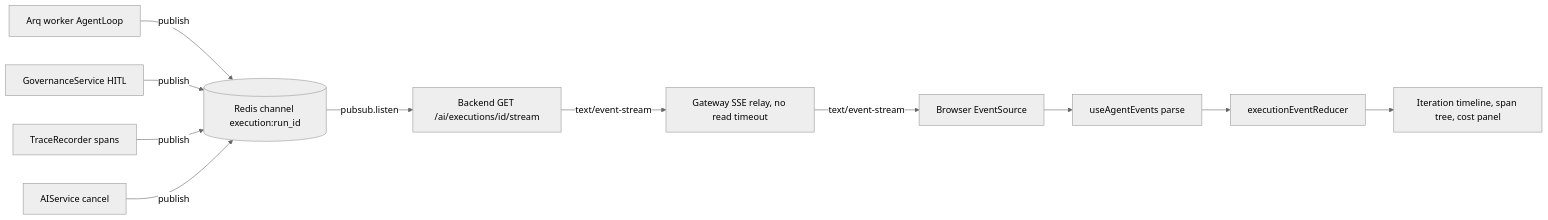
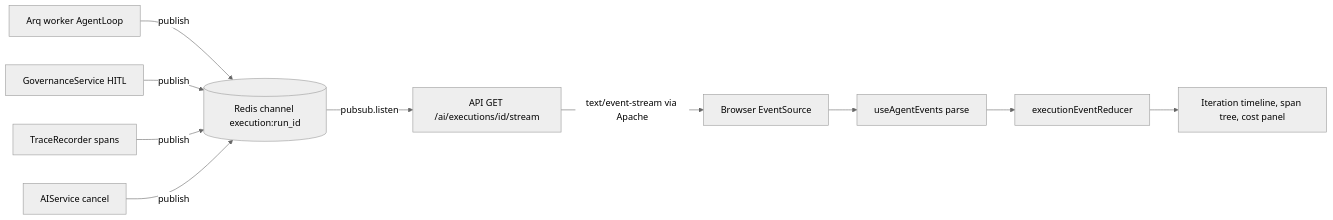
Diagram 18 of 22 in docs/current/13-gateway-and-realtime.md (gondolerahul/hire-buddha-app), drawn with Mermaid (neutral theme) before and after one commit. The commit also changed other lines of this file and 61 other files, not shown here.

````diff
--- a/docs/current/13-gateway-and-realtime.md
+++ b/docs/current/13-gateway-and-realtime.md
@@ -1495,13 +1226,12 @@
 ```mermaid
 flowchart LR
     W["Arq worker AgentLoop"] -->|publish| RD[("Redis channel execution:run_id")]
     G["GovernanceService HITL"] -->|publish| RD
     T["TraceRecorder spans"] -->|publish| RD
     S["AIService cancel"] -->|publish| RD
-    RD -->|pubsub.listen| BE["Backend GET /ai/executions/id/stream"]
-    BE -->|text/event-stream| GW["Gateway SSE relay, no read timeout"]
-    GW -->|text/event-stream| ES["Browser EventSource"]
+    RD -->|pubsub.listen| BE["API GET /ai/executions/id/stream"]
+    BE -->|text/event-stream via Apache| ES["Browser EventSource"]
     ES --> HK["useAgentEvents parse"]
     HK --> RED["executionEventReducer"]
     RED --> UI["Iteration timeline, span tree, cost panel"]
 ```
````
